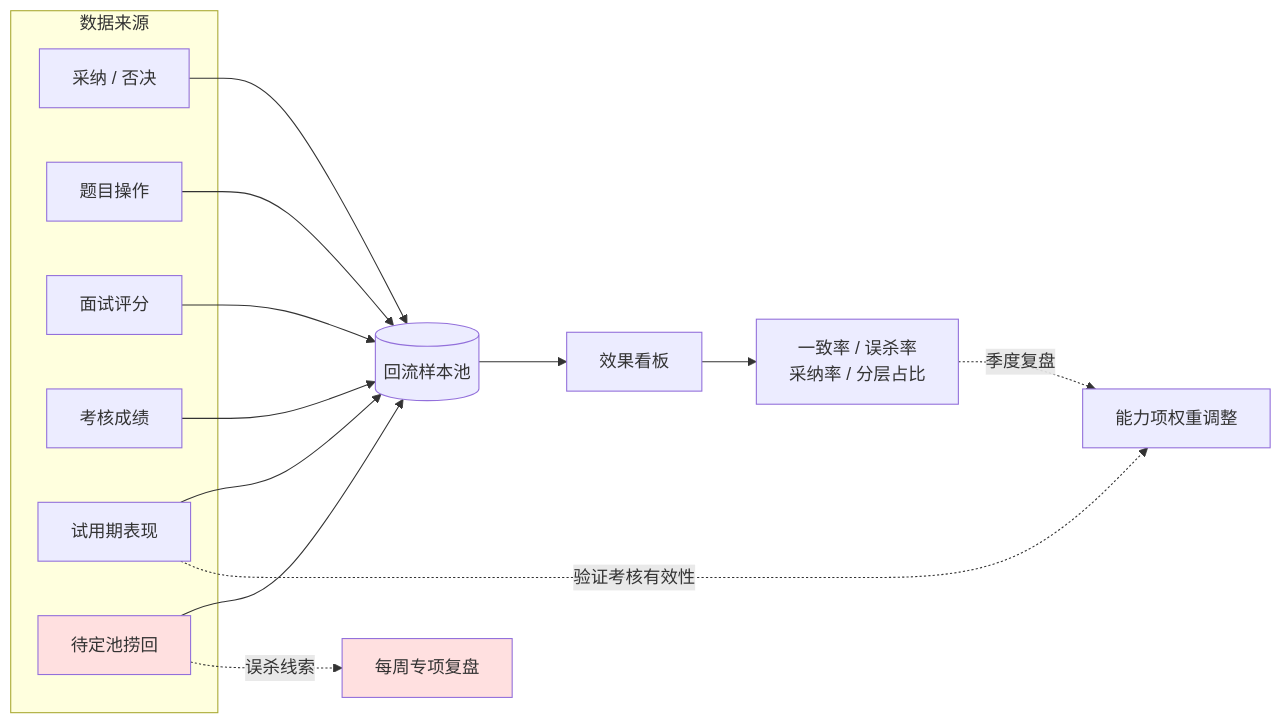
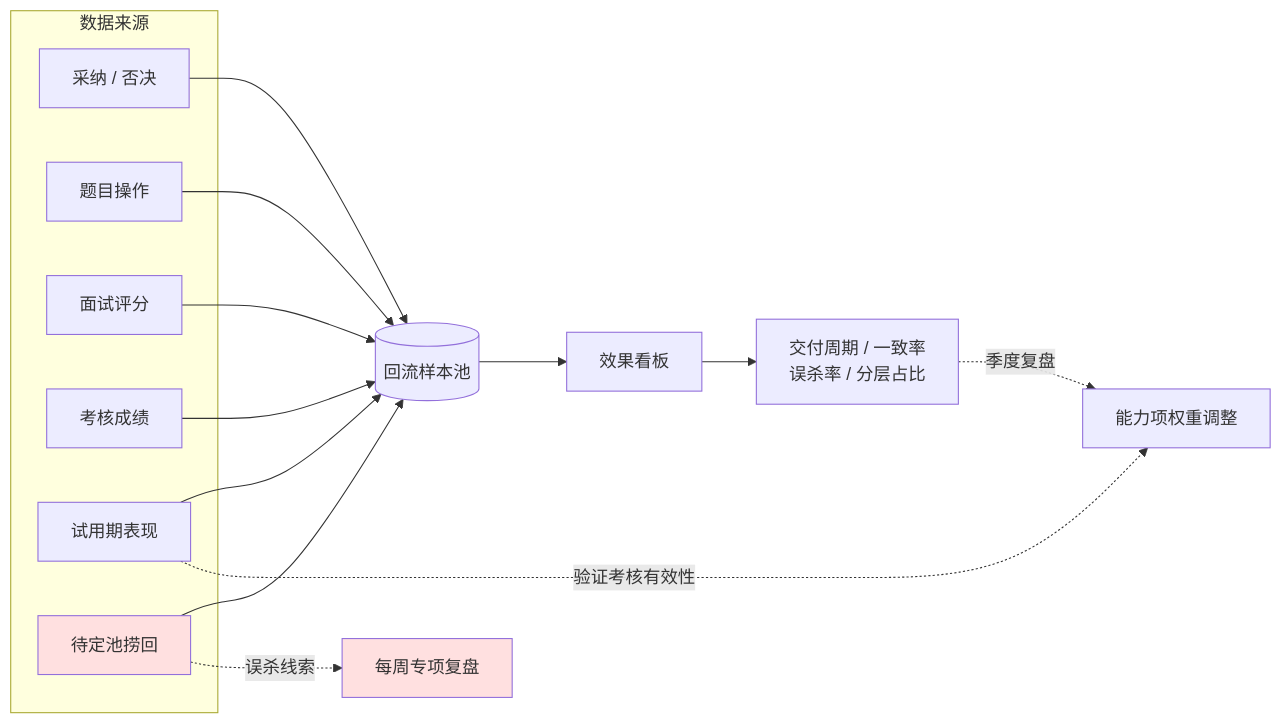
The second of 2 diagrams in docs/产品设计/07-埋点与指标体系.md (peanut987178110/ai-recruit-platform), drawn with Mermaid before and after one commit. The commit also changed other lines of this file and 30 other files, not shown here.

````diff
--- a/docs/产品设计/07-埋点与指标体系.md
+++ b/docs/产品设计/07-埋点与指标体系.md
@@ -169,24 +177,24 @@
 ```mermaid
 flowchart LR
     subgraph S["数据来源"]
         A["采纳 / 否决"]
         B["题目操作"]
         C["面试评分"]
         D["考核成绩"]
         E["试用期表现"]
         F["待定池捞回"]
     end
     A --> P[("回流样本池")]
     B --> P
     C --> P
     D --> P
     E --> P
     F --> P
     P --> BD["效果看板"]
-    BD --> M["一致率 / 误杀率<br/>采纳率 / 分层占比"]
+    BD --> M["交付周期 / 一致率<br/>误杀率 / 分层占比"]
     M -. "季度复盘" .-> REV["能力项权重调整"]
     E -. "验证考核有效性" .-> REV
     F -. "误杀线索" .-> W["每周专项复盘"]
     style F fill:#ffe0e0
     style W fill:#ffe0e0
 ```
````
